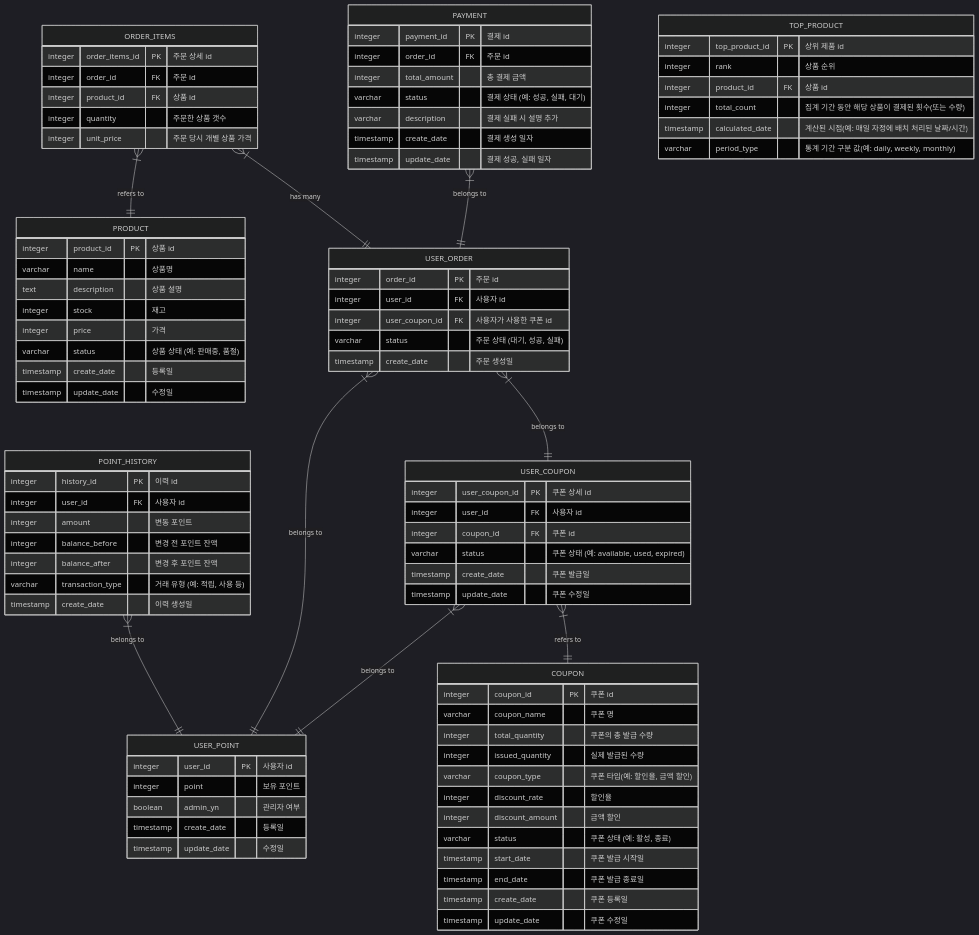
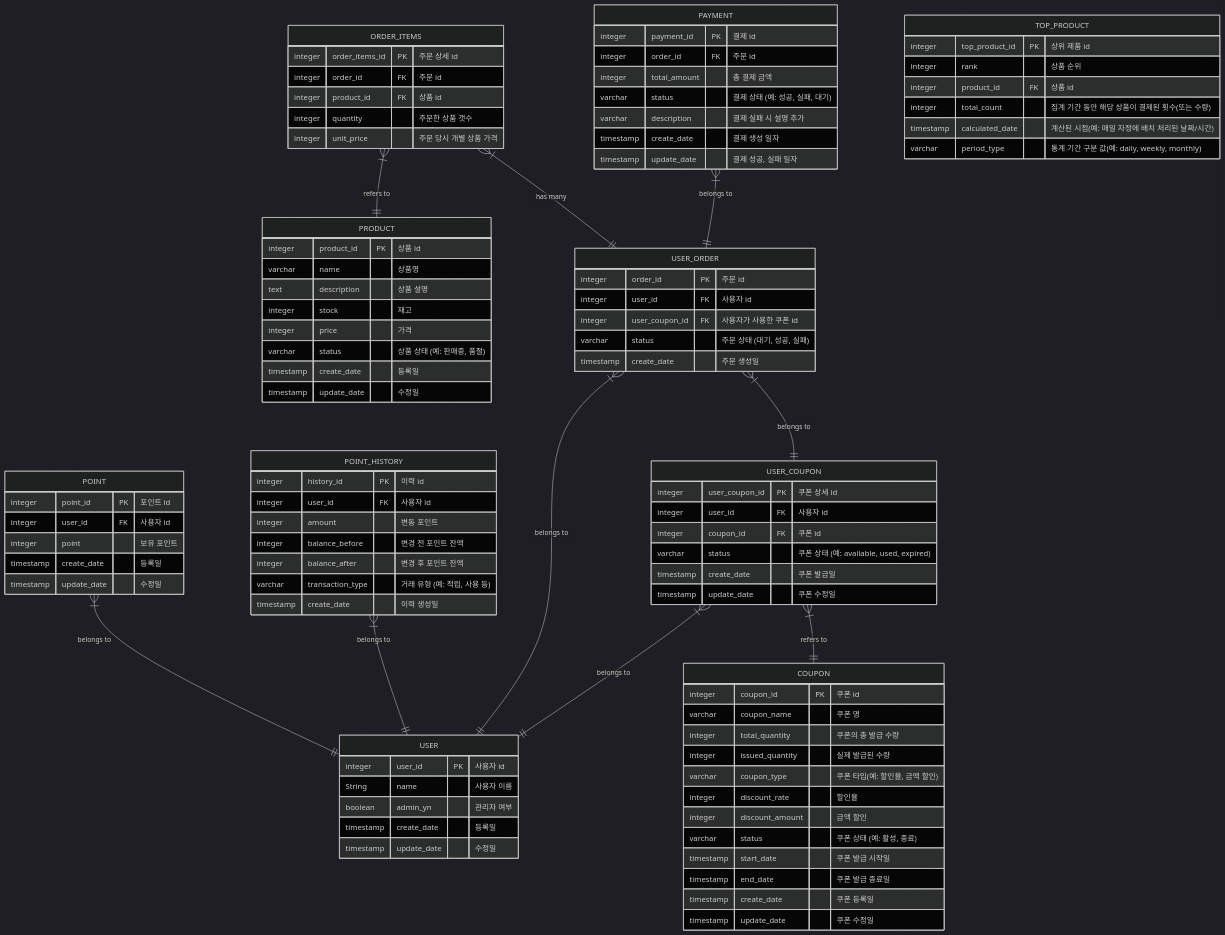
One commit to Park-ha-neul/hhplus-e-commerce changed the diagram in docs/ERD 설계.md. Above: the diagram before and after it, drawn with Mermaid (dark theme).

Commit message:
fix: ERD 설계 수정 - user와 userpoint 테이블 분리 - 관계성 수정 (userpoint와 연결된 부분 user로 변경)

````diff
--- a/docs/ERD 설계.md
+++ b/docs/ERD 설계.md
@@ -2,9 +2,17 @@
 ```mermaid
 erDiagram
-  USER_POINT {
-    integer user_id PK "사용자 id"
+    USER {
+        integer user_id PK "사용자 id"
+        String name "사용자 이름"
+        boolean admin_yn "관리자 여부"
+        timestamp create_date "등록일"
+        timestamp update_date "수정일"
+    }
+    
+  POINT {
+    integer point_id PK "포인트 id"
+    integer user_id FK "사용자 id"
     integer point "보유 포인트"
-    boolean admin_yn "관리자 여부"
     timestamp create_date "등록일"
     timestamp update_date "수정일"
   }
@@ -18,7 +26,8 @@
     varchar transaction_type "거래 유형 (예: 적립, 사용 등)"
     timestamp create_date "이력 생성일"
   }
-  POINT_HISTORY }|--|| USER_POINT : "belongs to"
+  POINT }|--|| USER : "belongs to"
+  POINT_HISTORY }|--|| USER : "belongs to"
 
   PRODUCT {
     integer product_id PK "상품 id"
@@ -38,7 +47,7 @@
     varchar status "주문 상태 (대기, 성공, 실패)"
     timestamp create_date "주문 생성일"
   }
-  USER_ORDER }|--|| USER_POINT : "belongs to"
+  USER_ORDER }|--|| USER : "belongs to"
   USER_ORDER }|--|| USER_COUPON : "belongs to"
 
   ORDER_ITEMS {
@@ -85,7 +94,7 @@
     timestamp create_date "쿠폰 발급일"
     timestamp update_date "쿠폰 수정일"
   }
-  USER_COUPON }|--|| USER_POINT : "belongs to"
+  USER_COUPON }|--|| USER : "belongs to"
   USER_COUPON }|--|| COUPON : "refers to"
   
 %%  📊 인기 상품 통계 테이블 (배치 처리로 매일 생성)
````
